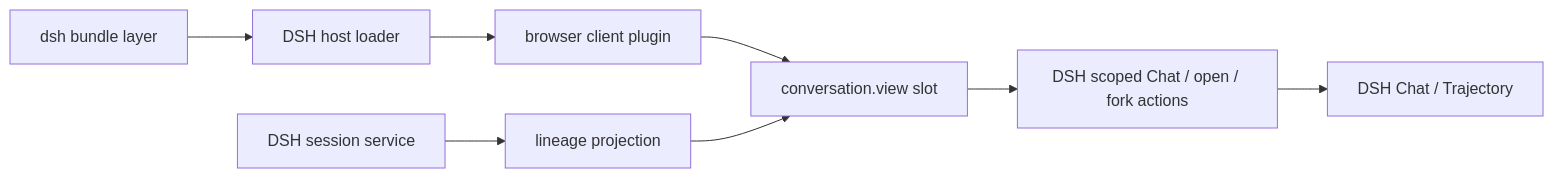
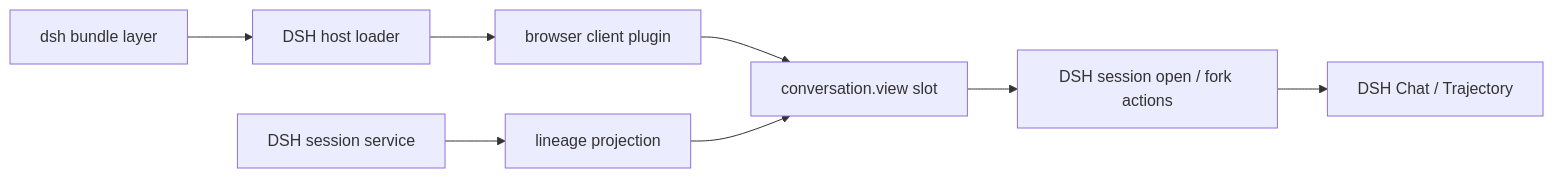
The diagram in docs/architecture.md (Nirvana-Jie/dsh-session-tree), drawn with Mermaid before and after one commit. The commit also changed other lines of this file and 11 other files, not shown here.

````diff
--- a/docs/architecture.md
+++ b/docs/architecture.md
@@ -20,10 +20,10 @@
 ```mermaid
 flowchart LR
   B["dsh bundle layer"] --> H["DSH host loader"]
   H --> C["browser client plugin"]
   C --> S["conversation.view slot"]
   D["DSH session service"] --> M["lineage projection"]
   M --> S
-  S --> A["DSH scoped Chat / open / fork actions"]
+  S --> A["DSH session open / fork actions"]
   A --> V["DSH Chat / Trajectory"]
 ```
````
